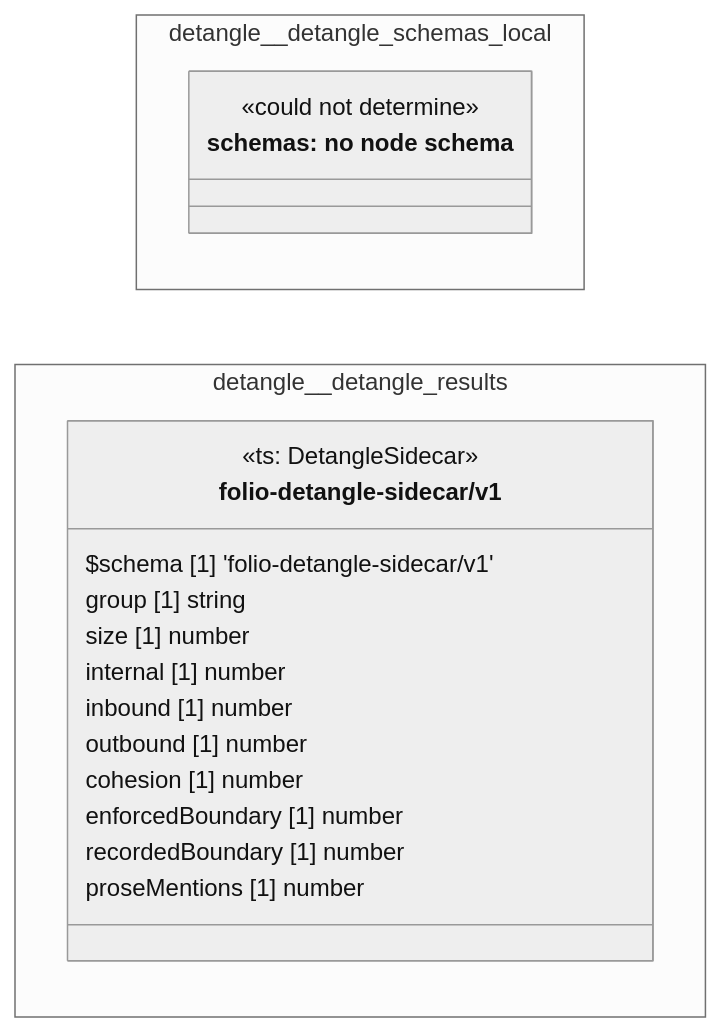
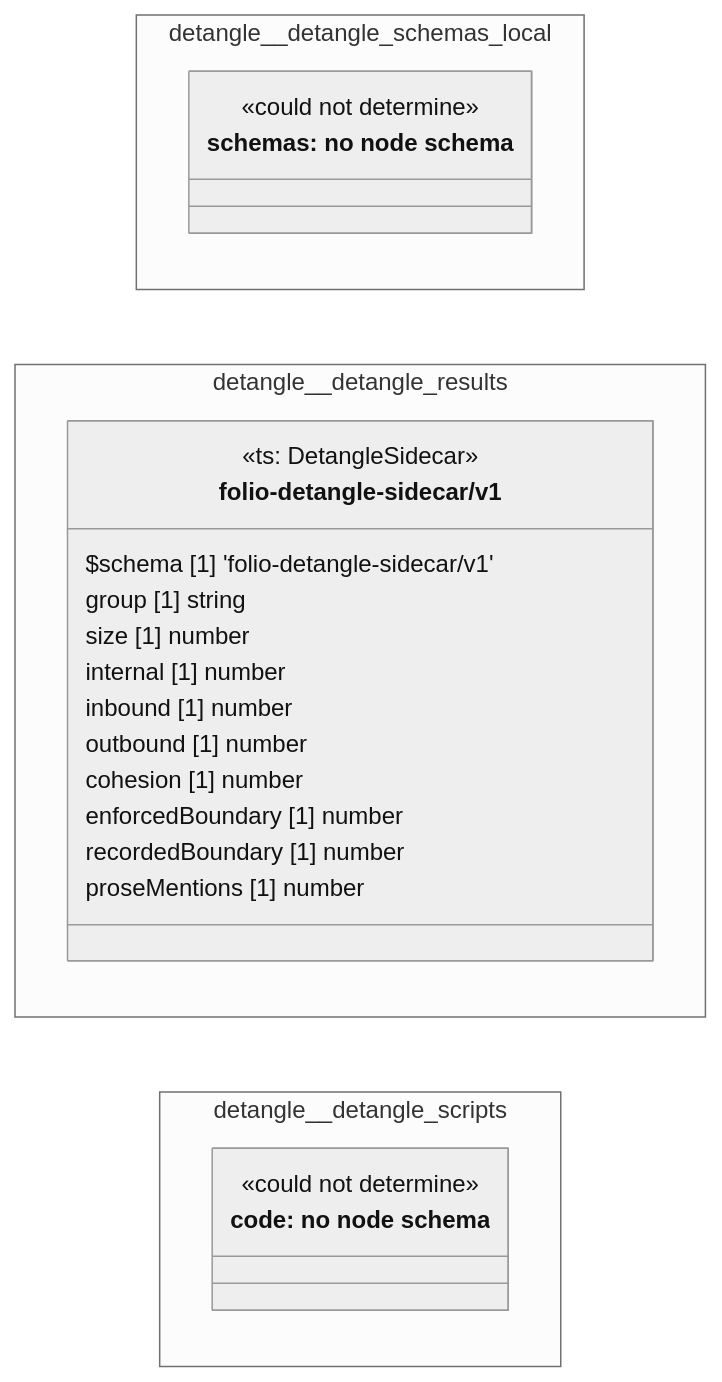
Before and after one commit to litlfred/folio-assistant: the diagram in cat-harness/docs/uml/overview/detangle.md, drawn with Mermaid (neutral theme). The commit also changed other lines of this file and 58 other files, not shown here.

````diff
--- a/cat-harness/docs/uml/overview/detangle.md
+++ b/cat-harness/docs/uml/overview/detangle.md
@@ -41,27 +43,34 @@
 ```mermaid
 classDiagram
   direction LR
   namespace detangle__detangle_schemas_local {
     class n_detangle_detangle_schemas_local_schemas["schemas: no node schema"] {
       <<could not determine>>
     }
   }
   namespace detangle__detangle_results {
     class detangle_detangle_results_folio_detangle_sidecar_v1["folio-detangle-sidecar/v1"] {
       <<ts: DetangleSidecar>>
       $schema [1] 'folio-detangle-sidecar/v1'
       group [1] string
       size [1] number
       internal [1] number
       inbound [1] number
       outbound [1] number
       cohesion [1] number
       enforcedBoundary [1] number
       recordedBoundary [1] number
       proseMentions [1] number
     }
   }
+  namespace detangle__detangle_scripts {
+    class n_detangle_detangle_scripts_code["code: no node schema"] {
+      <<could not determine>>
+    }
+  }
   cssClass "n_detangle_detangle_schemas_local_schemas" fa_uml_kind_schemas
   cssClass "n_detangle_detangle_schemas_local_schemas" fa_uml_undetermined
   cssClass "detangle_detangle_results_folio_detangle_sidecar_v1" fa_uml_kind_qa
+  cssClass "n_detangle_detangle_scripts_code" fa_uml_kind_code
+  cssClass "n_detangle_detangle_scripts_code" fa_uml_undetermined
 ```
````
